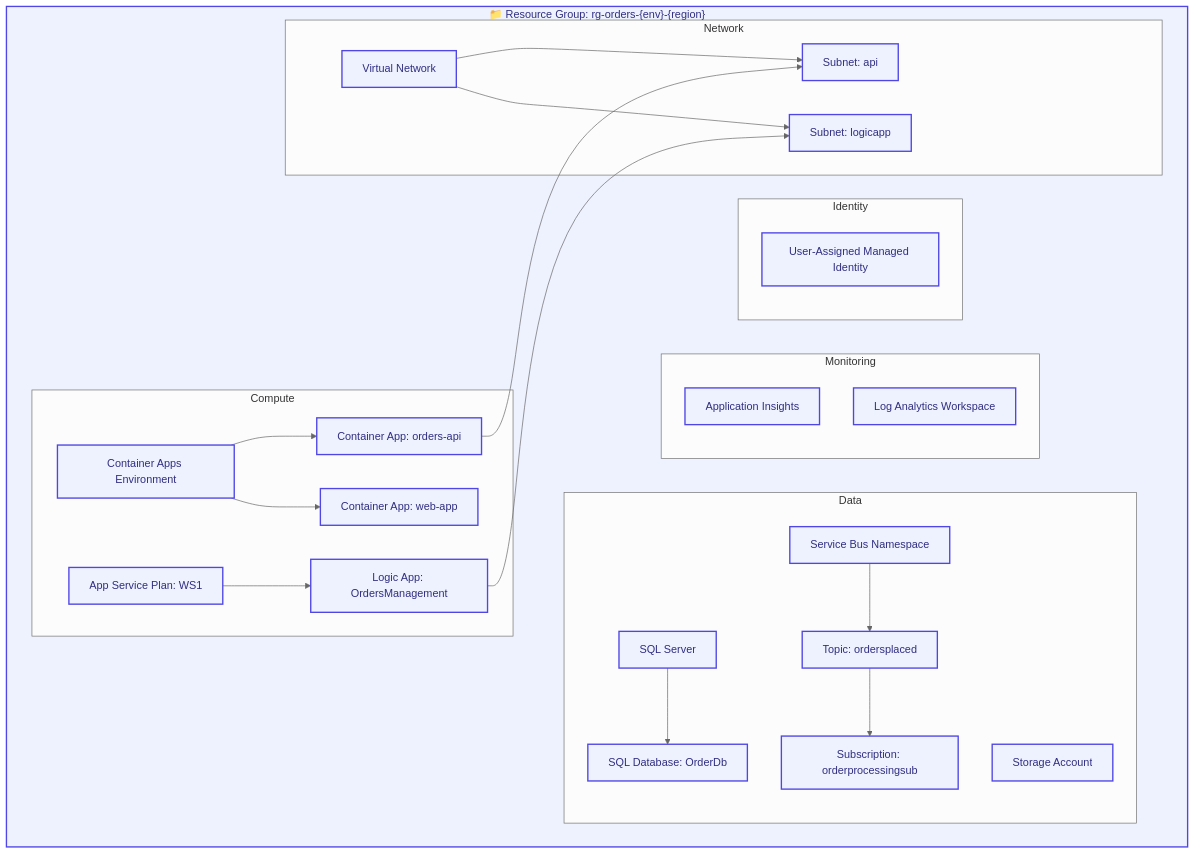
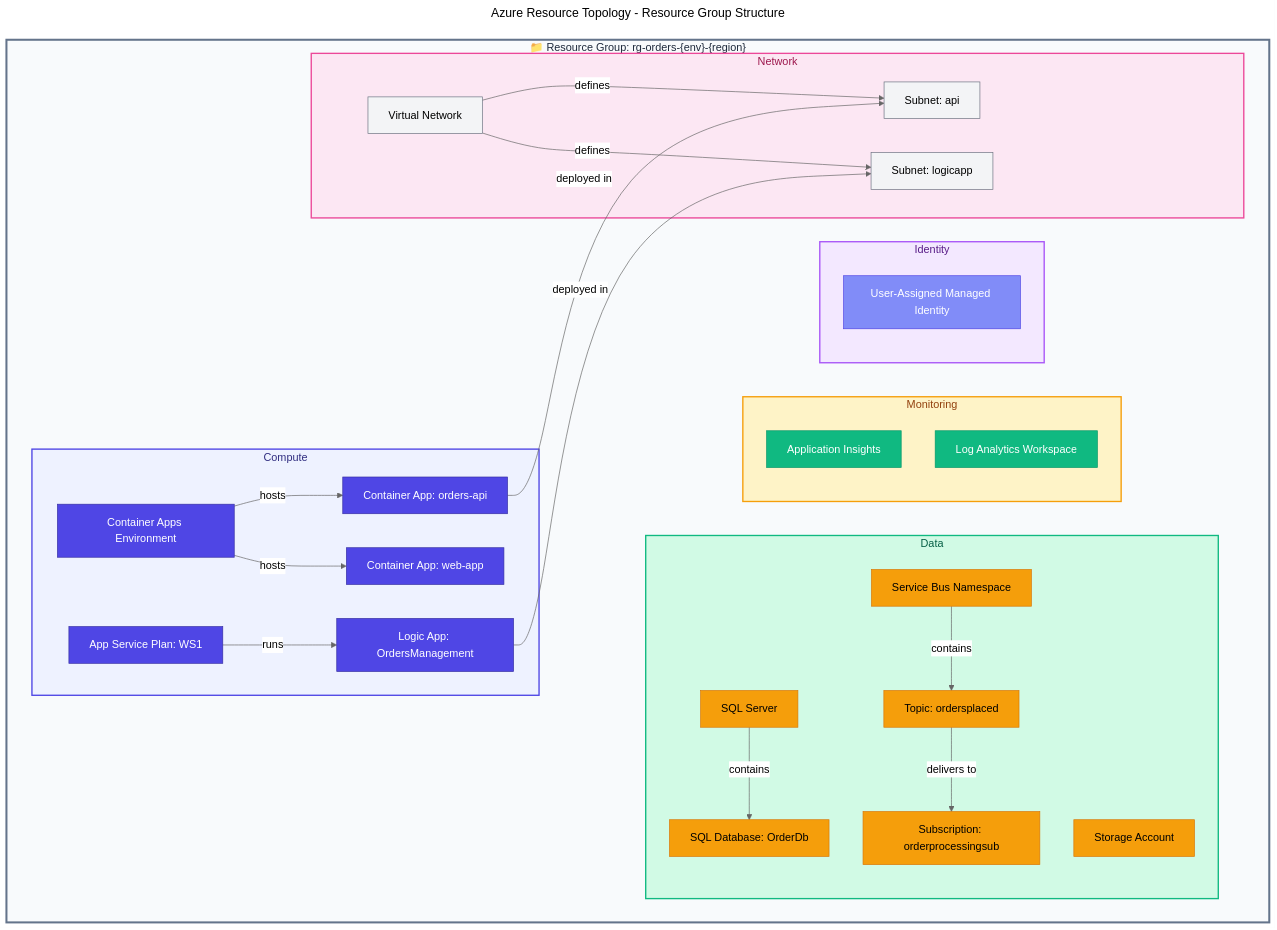
Before and after one commit to Evilazaro/Azure-LogicApps-Monitoring: the second of 2 diagrams in docs/architecture/04-technology-architecture.md, drawn with Mermaid (neutral theme). The commit also changed other lines of this file, not shown here.

Commit message:
docs: Add titles and enhance styling for mermaid diagrams in technology architecture documentation for improved clarity and organization

````diff
--- a/docs/architecture/04-technology-architecture.md
+++ b/docs/architecture/04-technology-architecture.md
@@ -137,53 +146,73 @@
 ```mermaid
+---
+title: Azure Resource Topology - Resource Group Structure
+---
 flowchart TB
-    %% Azure Resource Topology - Resource group structure
+    %% ===== CLASS DEFINITIONS =====
+    classDef primary fill:#4F46E5,stroke:#3730A3,color:#FFFFFF
+    classDef secondary fill:#10B981,stroke:#059669,color:#FFFFFF
+    classDef datastore fill:#F59E0B,stroke:#D97706,color:#000000
+    classDef external fill:#6B7280,stroke:#4B5563,color:#FFFFFF,stroke-dasharray: 5 5
+    classDef failed fill:#F44336,stroke:#C62828,color:#FFFFFF
+    classDef trigger fill:#818CF8,stroke:#4F46E5,color:#FFFFFF
+    classDef decision fill:#FFFBEB,stroke:#F59E0B,color:#000000
+    classDef input fill:#F3F4F6,stroke:#6B7280,color:#000000
+
+    %% ===== RESOURCE GROUP =====
     subgraph RG["📁 Resource Group: rg-orders-{env}-{region}"]
+        %% ===== COMPUTE RESOURCES =====
         subgraph Compute["Compute"]
-            CAE["Container Apps Environment"]
-            CA1["Container App: orders-api"]
-            CA2["Container App: web-app"]
-            ASP["App Service Plan: WS1"]
-            LA["Logic App: OrdersManagement"]
+            CAE["Container Apps Environment"]:::primary
+            CA1["Container App: orders-api"]:::primary
+            CA2["Container App: web-app"]:::primary
+            ASP["App Service Plan: WS1"]:::primary
+            LA["Logic App: OrdersManagement"]:::primary
         end
+        style Compute fill:#EEF2FF,stroke:#4F46E5,stroke-width:2px,color:#312E81
 
+        %% ===== DATA RESOURCES =====
         subgraph Data["Data"]
-            SQL["SQL Server"]
-            SQLDB["SQL Database: OrderDb"]
-            SB["Service Bus Namespace"]
-            Topic["Topic: ordersplaced"]
-            Sub["Subscription: orderprocessingsub"]
-            Storage["Storage Account"]
+            SQL["SQL Server"]:::datastore
+            SQLDB["SQL Database: OrderDb"]:::datastore
+            SB["Service Bus Namespace"]:::datastore
+            Topic["Topic: ordersplaced"]:::datastore
+            Sub["Subscription: orderprocessingsub"]:::datastore
+            Storage["Storage Account"]:::datastore
         end
+        style Data fill:#D1FAE5,stroke:#10B981,stroke-width:2px,color:#065F46
 
+        %% ===== MONITORING RESOURCES =====
         subgraph Monitoring["Monitoring"]
-            AI["Application Insights"]
-            LAW["Log Analytics Workspace"]
+            AI["Application Insights"]:::secondary
+            LAW["Log Analytics Workspace"]:::secondary
         end
+        style Monitoring fill:#FEF3C7,stroke:#F59E0B,stroke-width:2px,color:#92400E
 
+        %% ===== IDENTITY RESOURCES =====
         subgraph Identity["Identity"]
-            MI["User-Assigned Managed Identity"]
+            MI["User-Assigned Managed Identity"]:::trigger
         end
+        style Identity fill:#F3E8FF,stroke:#A855F7,stroke-width:2px,color:#581C87
 
+        %% ===== NETWORK RESOURCES =====
         subgraph Network["Network"]
-            VNet["Virtual Network"]
-            SubnetAPI["Subnet: api"]
-            SubnetLA["Subnet: logicapp"]
+            VNet["Virtual Network"]:::input
+            SubnetAPI["Subnet: api"]:::input
+            SubnetLA["Subnet: logicapp"]:::input
         end
+        style Network fill:#FCE7F3,stroke:#EC4899,stroke-width:2px,color:#9D174D
     end
+    style RG fill:#F8FAFC,stroke:#64748B,stroke-width:3px,color:#1E293B
 
-    %% Resource relationships
-    CAE --> CA1
-    CAE --> CA2
-    ASP --> LA
-    SQL --> SQLDB
-    SB --> Topic --> Sub
-    VNet --> SubnetAPI
-    VNet --> SubnetLA
-    CA1 --> SubnetAPI
-    LA --> SubnetLA
-
-    %% Modern color palette - WCAG AA compliant
-    classDef resource fill:#EEF2FF,stroke:#4F46E5,stroke-width:2px,color:#312E81
-
-    class RG,CAE,CA1,CA2,ASP,LA,SQL,SQLDB,SB,Topic,Sub,Storage,AI,LAW,MI,VNet,SubnetAPI,SubnetLA resource
+    %% ===== RESOURCE RELATIONSHIPS =====
+    CAE -->|"hosts"| CA1
+    CAE -->|"hosts"| CA2
+    ASP -->|"runs"| LA
+    SQL -->|"contains"| SQLDB
+    SB -->|"contains"| Topic
+    Topic -->|"delivers to"| Sub
+    VNet -->|"defines"| SubnetAPI
+    VNet -->|"defines"| SubnetLA
+    CA1 -->|"deployed in"| SubnetAPI
+    LA -->|"deployed in"| SubnetLA
 ```
````
